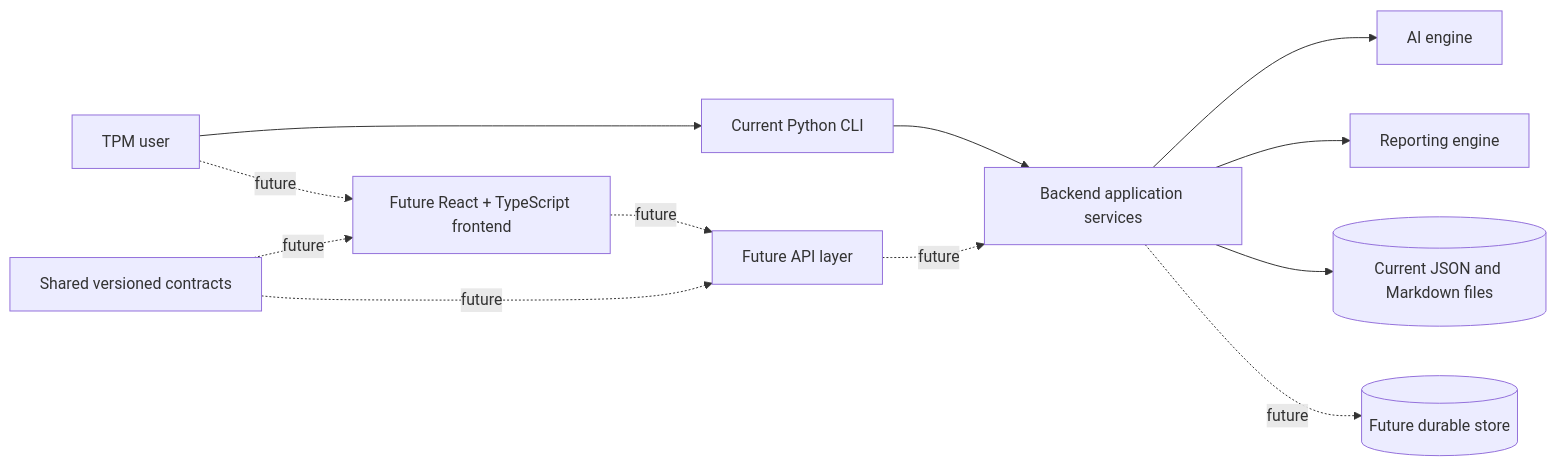
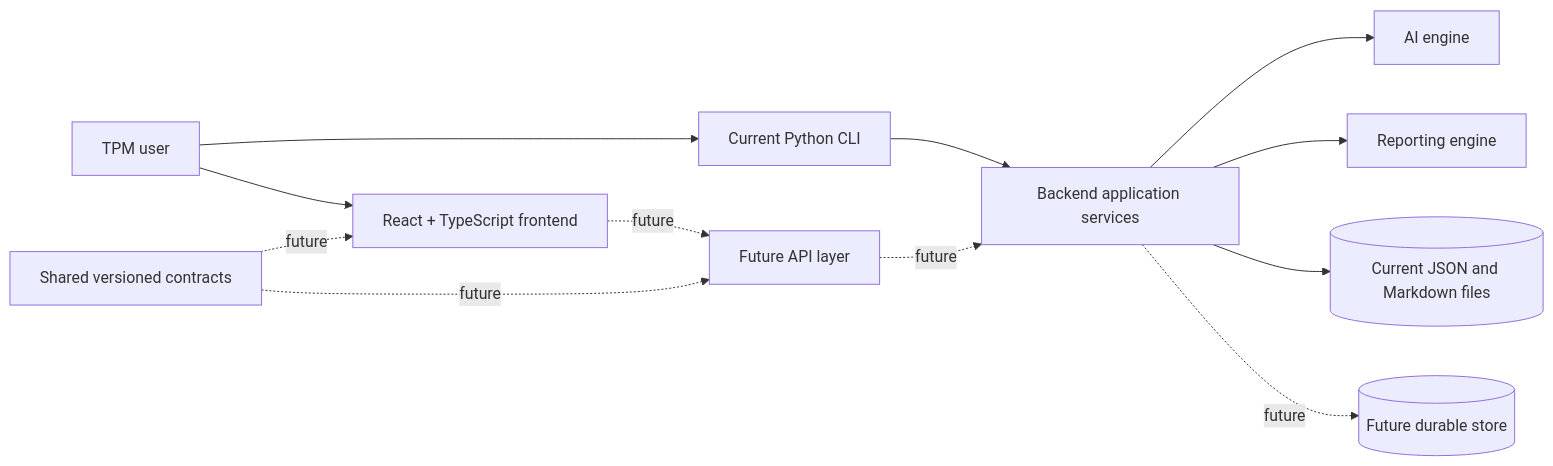
Before and after one commit to pmp-jjimenez/TPM-AI-Agent: the diagram in docs/ARCHITECTURE.md, drawn with Mermaid. The commit also changed other lines of this file and 29 other files, not shown here.

````diff
--- a/docs/ARCHITECTURE.md
+++ b/docs/ARCHITECTURE.md
@@ -19,25 +19,25 @@
 ```mermaid
 flowchart LR
     User[TPM user]
     CLI[Current Python CLI]
-    Web[Future React + TypeScript frontend]
+    Web[React + TypeScript frontend]
     API[Future API layer]
     Services[Backend application services]
     AI[AI engine]
     Reports[Reporting engine]
     Store[(Future durable store)]
     Files[(Current JSON and Markdown files)]
     Contracts[Shared versioned contracts]
 
     User --> CLI
-    User -. future .-> Web
+    User --> Web
     CLI --> Services
     Web -. future .-> API
     API -. future .-> Services
     Services --> AI
     Services --> Reports
     Services --> Files
     Services -. future .-> Store
     Contracts -. future .-> API
     Contracts -. future .-> Web
 ```
````
